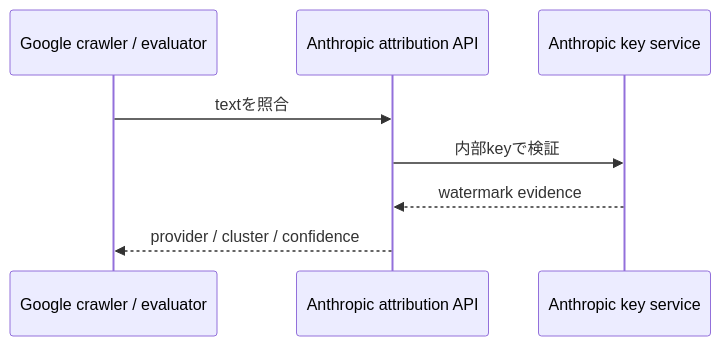
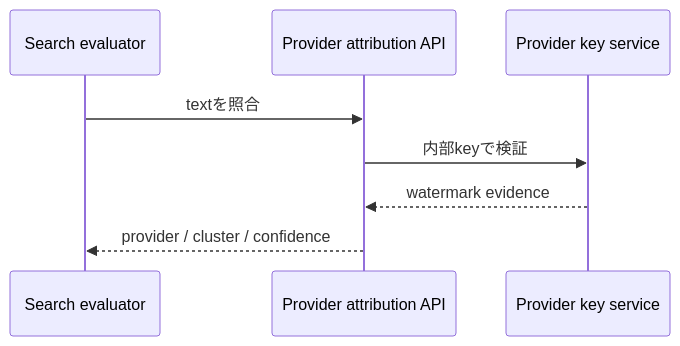
Before and after one commit to KAFKA2306/articles: the sixth of 6 diagrams in articles/claude-watermark-secret-key-detection.md, drawn with Mermaid. The commit also changed other lines of this file, not shown here.

````diff
--- a/articles/claude-watermark-secret-key-detection.md
+++ b/articles/claude-watermark-secret-key-detection.md
@@ -393,11 +398,11 @@
 ```mermaid
 sequenceDiagram
-    participant G as Google crawler / evaluator
-    participant A as Anthropic attribution API
-    participant K as Anthropic key service
+    participant G as Search evaluator
+    participant A as Provider attribution API
+    participant K as Provider key service
 
     G->>A: textを照合
     A->>K: 内部keyで検証
     K-->>A: watermark evidence
     A-->>G: provider / cluster / confidence
 ```
````
